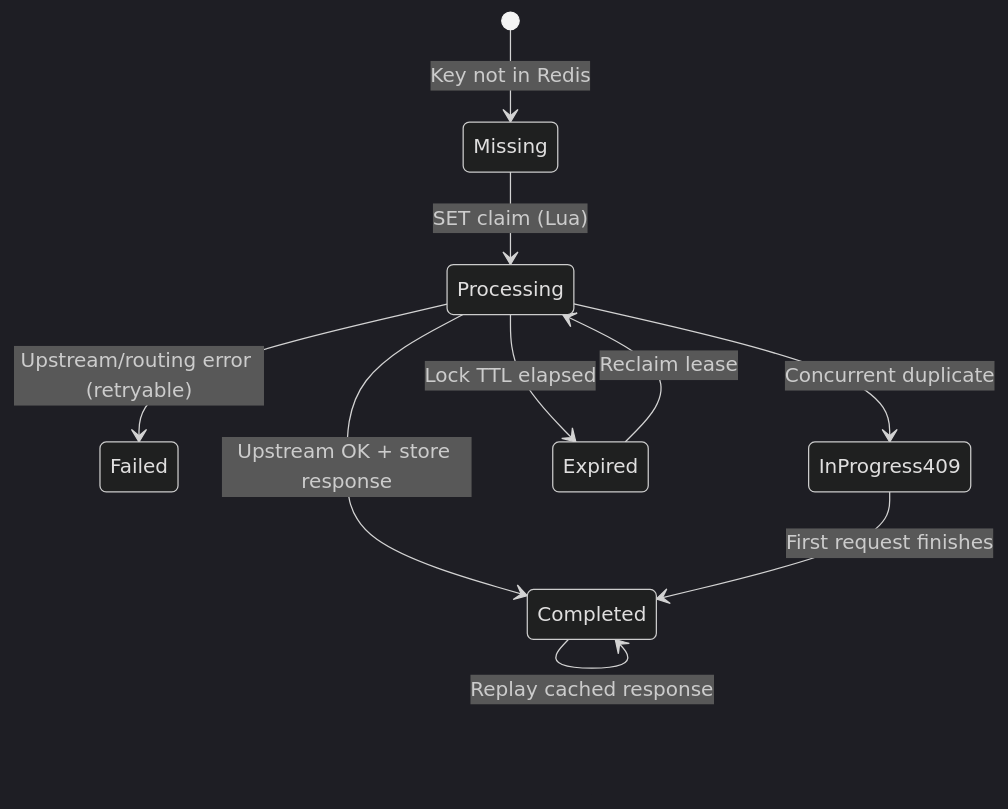
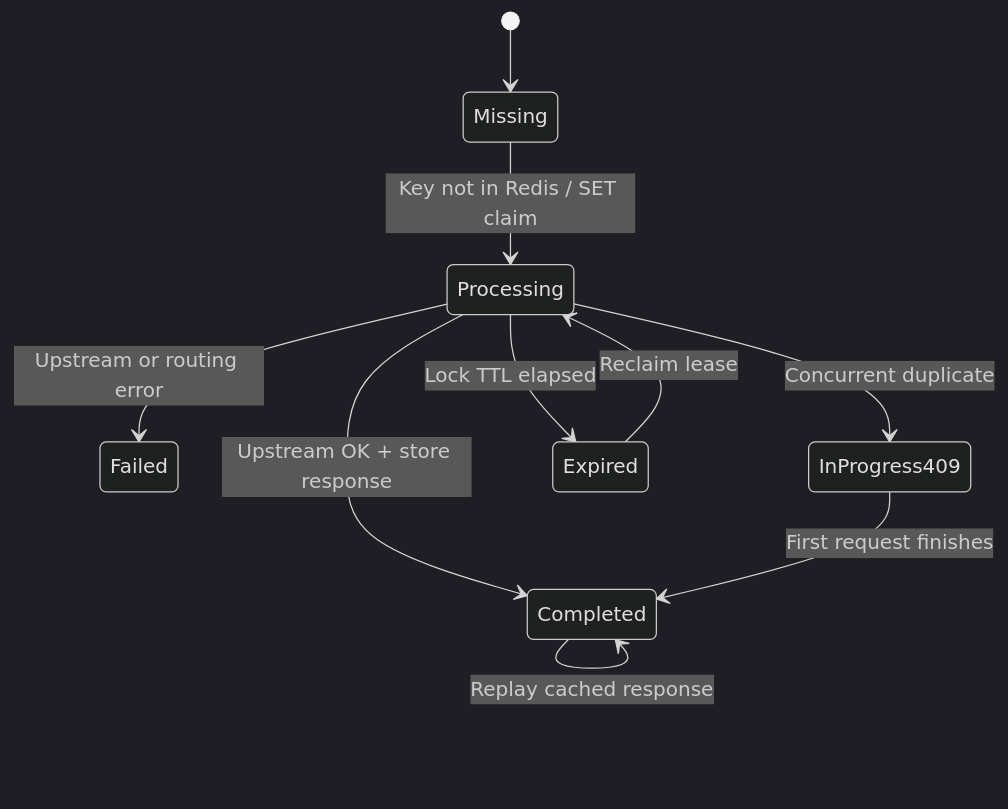
One commit to RUDRA-PRATAP-SINGH01/Distributed-rate-limiter changed diagram 12 of 21 in README.md. Above: the diagram before and after it, drawn with Mermaid (dark theme). The commit also changed other lines of this file and 1 other file, not shown here.

Commit message:
docs: fix Mermaid syntax for GitHub Markdown rendering in README and architecture docs

````diff
--- a/README.md
+++ b/README.md
@@ -532,12 +532,12 @@
 ```mermaid
 stateDiagram-v2
-    [*] --> Missing: Key not in Redis
-    Missing --> Processing: SET claim (Lua)
-    Processing --> Completed: Upstream OK + store response
-    Processing --> Failed: Upstream/routing error (retryable)
-    Processing --> InProgress409: Concurrent duplicate
-    Processing --> Expired: Lock TTL elapsed
-    Expired --> Processing: Reclaim lease
-    Completed --> Completed: Replay cached response
-    InProgress409 --> Completed: First request finishes
+    [*] --> Missing
+    Missing --> Processing : Key not in Redis / SET claim
+    Processing --> Completed : Upstream OK + store response
+    Processing --> Failed : Upstream or routing error
+    Processing --> InProgress409 : Concurrent duplicate
+    Processing --> Expired : Lock TTL elapsed
+    Expired --> Processing : Reclaim lease
+    Completed --> Completed : Replay cached response
+    InProgress409 --> Completed : First request finishes
 ```
````
